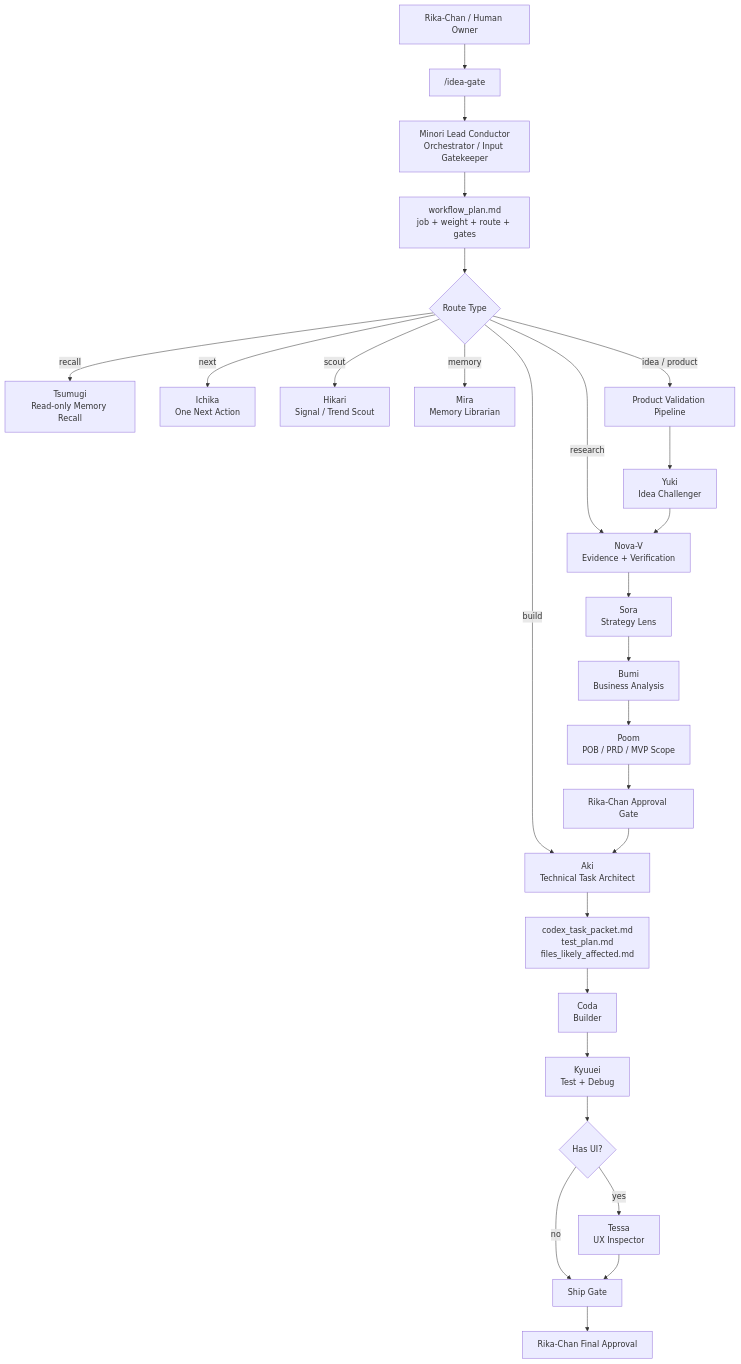
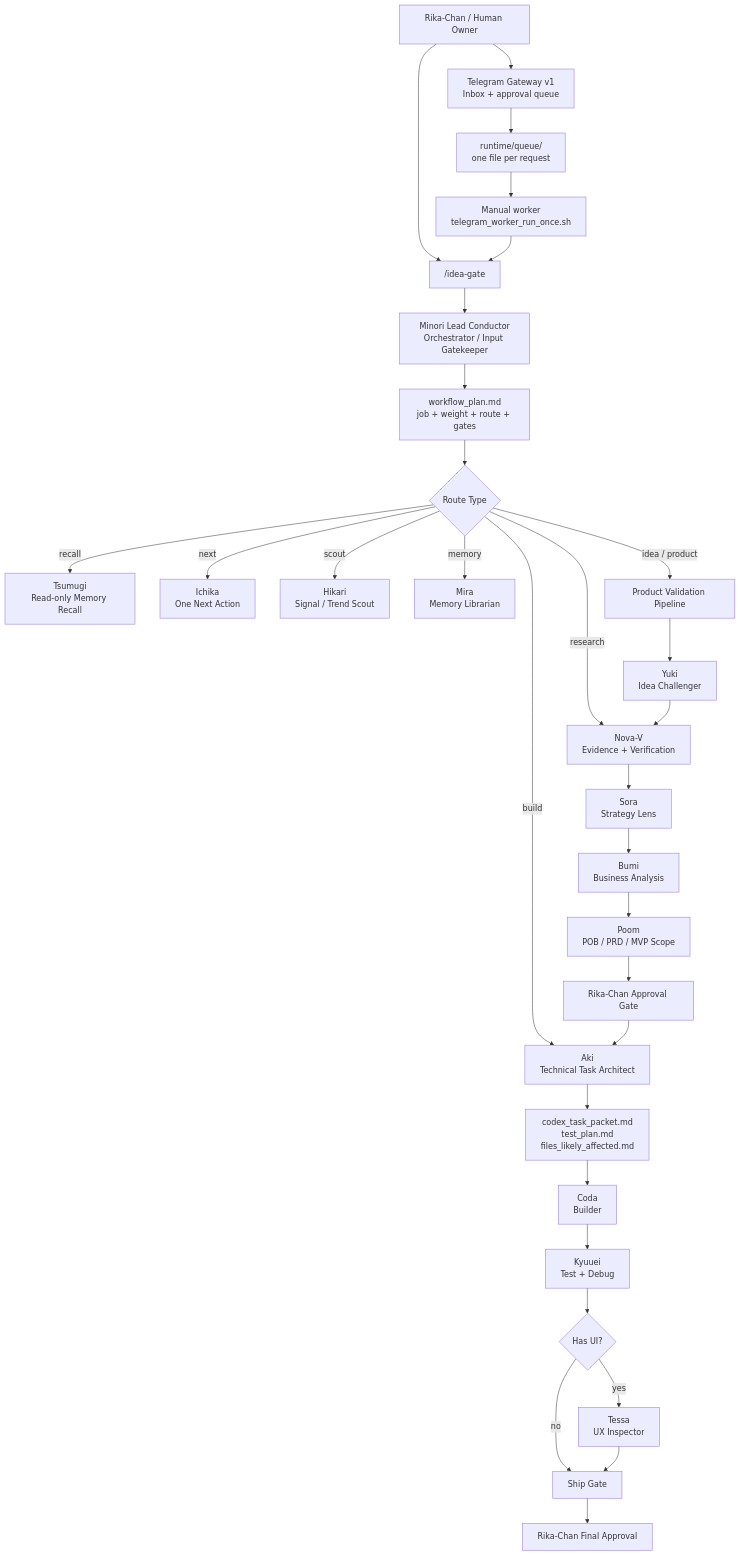
The first of 8 diagrams in AI_AGENT_TEAM_ARCHITECTURE.md (R1KASAN/ai-agent-team), drawn with Mermaid before and after one commit. The commit also changed other lines of this file and 41 other files, not shown here.

Commit message:
Implement Telegram Gateway v1

````diff
--- a/AI_AGENT_TEAM_ARCHITECTURE.md
+++ b/AI_AGENT_TEAM_ARCHITECTURE.md
@@ -14,34 +14,38 @@
 ```mermaid
 flowchart TD
     U["Rika-Chan / Human Owner"] --> IG["/idea-gate"]
+    U --> TG["Telegram Gateway v1<br/>Inbox + approval queue"]
+    TG --> TQ["runtime/queue/<br/>one file per request"]
+    TQ --> TW["Manual worker<br/>telegram_worker_run_once.sh"]
+    TW --> IG
     IG --> MI["Minori Lead Conductor<br/>Orchestrator / Input Gatekeeper"]
 
     MI --> WP["workflow_plan.md<br/>job + weight + route + gates"]
 
     WP --> D{"Route Type"}
 
     D -->|recall| TS["Tsumugi<br/>Read-only Memory Recall"]
     D -->|next| IC["Ichika<br/>One Next Action"]
     D -->|scout| HI["Hikari<br/>Signal / Trend Scout"]
     D -->|memory| MR["Mira<br/>Memory Librarian"]
     D -->|research| NV["Nova-V<br/>Evidence + Verification"]
     D -->|idea / product| PIPE["Product Validation Pipeline"]
     D -->|build| AK["Aki<br/>Technical Task Architect"]
 
     PIPE --> YU["Yuki<br/>Idea Challenger"]
     YU --> NV
     NV --> SO["Sora<br/>Strategy Lens"]
     SO --> BU["Bumi<br/>Business Analysis"]
     BU --> PO["Poom<br/>POB / PRD / MVP Scope"]
     PO --> RG["Rika-Chan Approval Gate"]
     RG --> AK
 
     AK --> CTP["codex_task_packet.md<br/>test_plan.md<br/>files_likely_affected.md"]
     CTP --> CO["Coda<br/>Builder"]
     CO --> QA["Kyuuei<br/>Test + Debug"]
     QA --> TE{"Has UI?"}
     TE -->|yes| TESSA["Tessa<br/>UX Inspector"]
     TE -->|no| SHIP["Ship Gate"]
     TESSA --> SHIP
     SHIP --> RIKA2["Rika-Chan Final Approval"]
 ```
````
